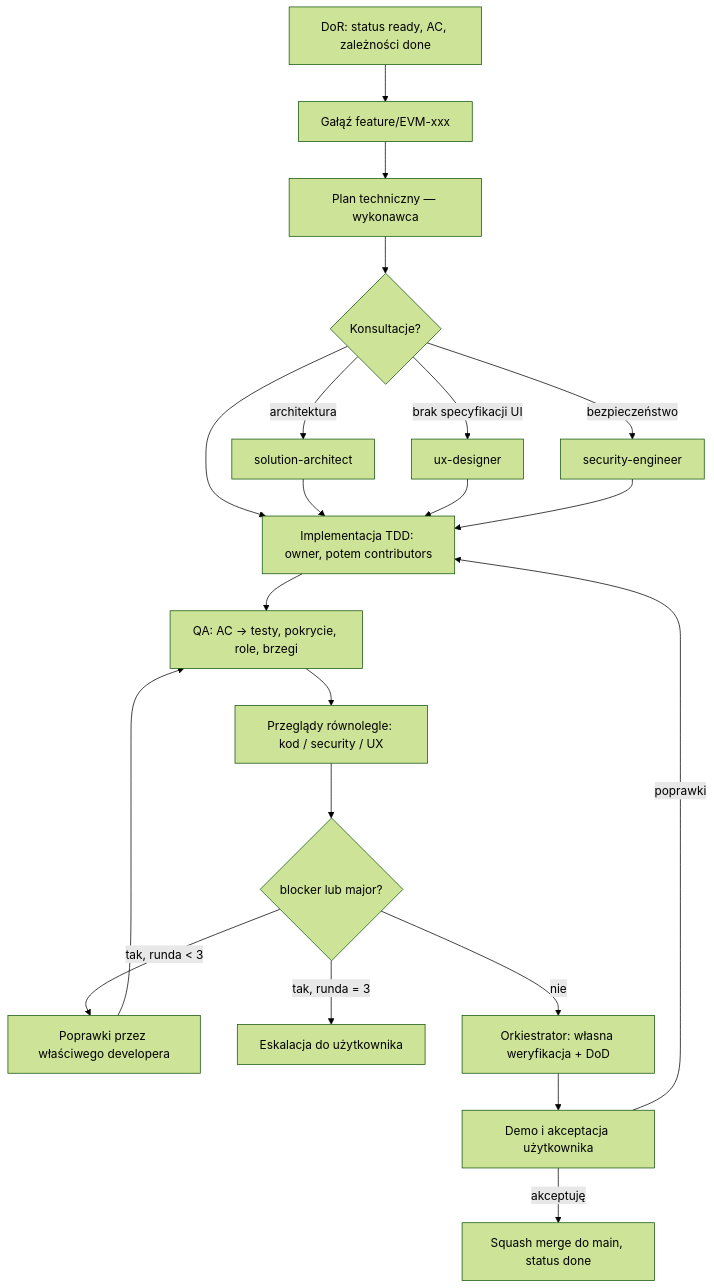
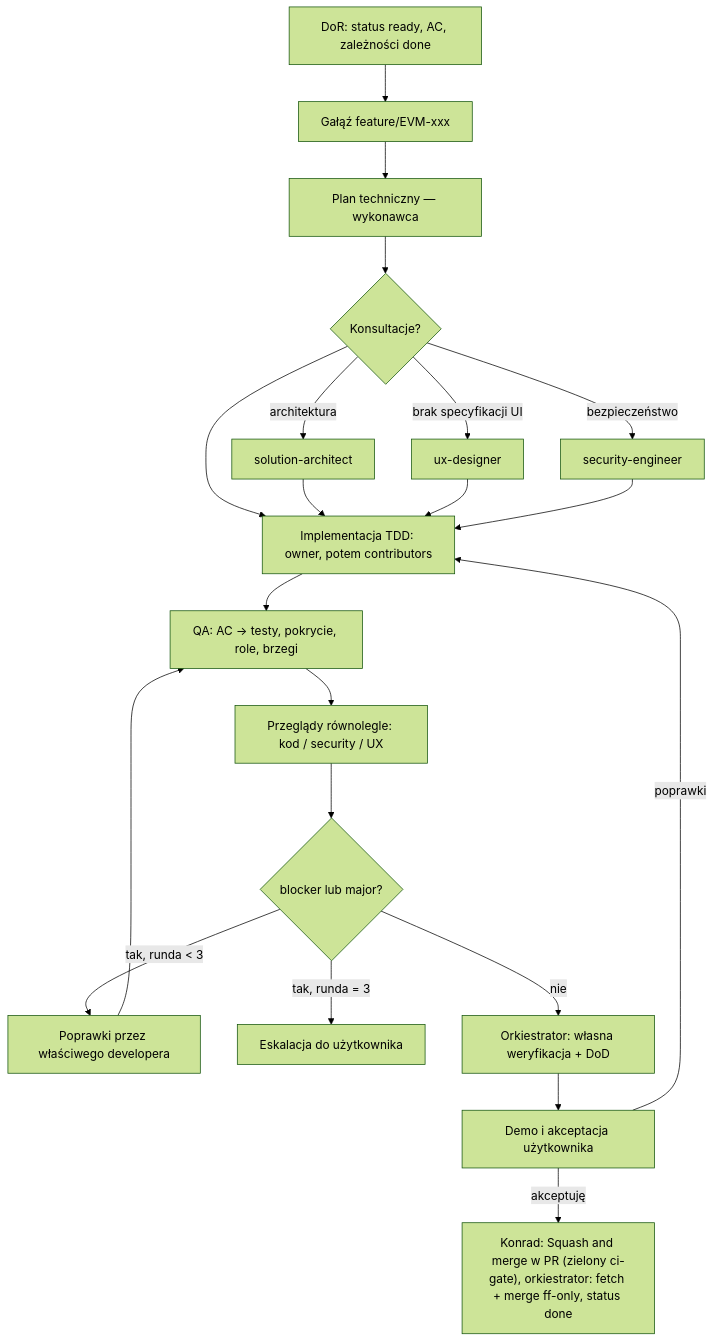
Before and after one commit to konradkluz/evia-manager: the second of 2 diagrams in docs/process/workflow.md, drawn with Mermaid (forest theme). The commit also changed other lines of this file and 19 other files, not shown here.

````diff
--- a/docs/process/workflow.md
+++ b/docs/process/workflow.md
@@ -41,20 +41,20 @@
 ```mermaid
 flowchart TD
   A[DoR: status ready, AC, zależności done] --> B[Gałąź feature/EVM-xxx]
   B --> C[Plan techniczny — wykonawca]
   C --> D{Konsultacje?}
   D -- architektura --> D1[solution-architect]
   D -- brak specyfikacji UI --> D2[ux-designer]
   D -- bezpieczeństwo --> D3[security-engineer]
   D --> E[Implementacja TDD: owner, potem contributors]
   D1 & D2 & D3 --> E
   E --> F[QA: AC → testy, pokrycie, role, brzegi]
   F --> G[Przeglądy równolegle: kod / security / UX]
   G --> H{blocker lub major?}
   H -- tak, runda < 3 --> I[Poprawki przez właściwego developera] --> F
   H -- tak, runda = 3 --> X[Eskalacja do użytkownika]
   H -- nie --> J[Orkiestrator: własna weryfikacja + DoD]
   J --> K[Demo i akceptacja użytkownika]
-  K -- akceptuję --> L[Squash merge do main, status done]
+  K -- akceptuję --> L["Konrad: Squash and merge w PR (zielony ci-gate), orkiestrator: fetch + merge ff-only, status done"]
   K -- poprawki --> E
 ```
````
